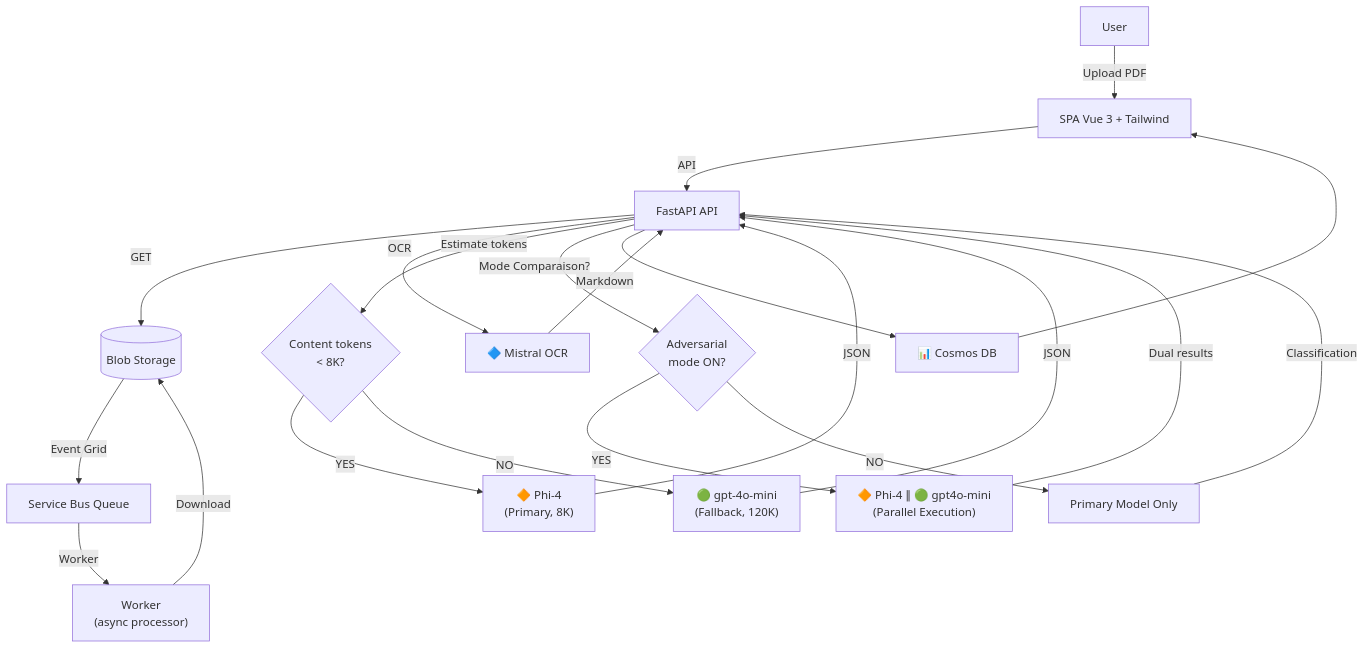
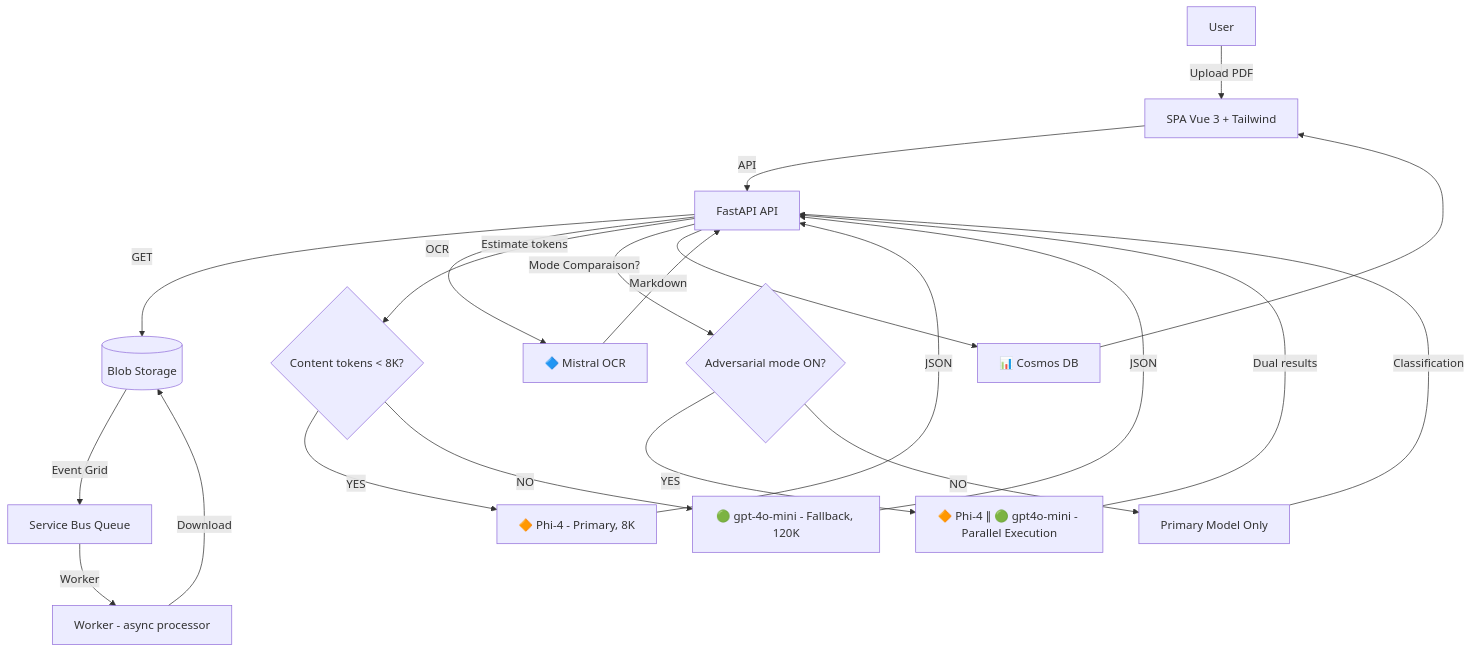
The diagram in README.md (olivMertens/ClassyMail), drawn with Mermaid before and after one commit. The commit also changed 11 other files, not shown here.

First line of the commit message:
fix: Mermaid diagrams, chatbot UX, and i18n key structure

````diff
--- a/README.md
+++ b/README.md
@@ -29,29 +29,29 @@
 ```mermaid
 flowchart TD
     user[User] -->|Upload PDF| ui["SPA Vue 3 + Tailwind"]
     ui -->|API| api["FastAPI API"]
 
     api -->|GET| blob[(Blob Storage)]
     blob -->|Event Grid| sbq["Service Bus Queue"]
-    sbq -->|Worker| worker["Worker<br/>(async processor)"]
+    sbq -->|Worker| worker["Worker - async processor"]
 
     worker -->|Download| blob
     api -->|OCR| ocr["🔷 Mistral OCR"]
     ocr -->|Markdown| api
 
-    api -->|Estimate tokens| tokencheck{"Content tokens<br/>< 8K?"}
-    tokencheck -->|YES| phi4["🔶 Phi-4<br/>(Primary, 8K)"]
-    tokencheck -->|NO| gpt["🟢 gpt-4o-mini<br/>(Fallback, 120K)"]
+    api -->|Estimate tokens| tokencheck{"Content tokens < 8K?"}
+    tokencheck -->|YES| phi4["🔶 Phi-4 - Primary, 8K"]
+    tokencheck -->|NO| gpt["🟢 gpt-4o-mini - Fallback, 120K"]
 
-    api -->|Mode Comparaison?| compcheck{"Adversarial<br/>mode ON?"}
-    compcheck -->|YES| dual["🔶 Phi-4 ∥ 🟢 gpt4o-mini<br/>(Parallel Execution)"]
+    api -->|Mode Comparaison?| compcheck{"Adversarial mode ON?"}
+    compcheck -->|YES| dual["🔶 Phi-4 ∥ 🟢 gpt4o-mini - Parallel Execution"]
     compcheck -->|NO| primary["Primary Model Only"]
 
     phi4 -->|JSON| api
     gpt -->|JSON| api
     dual -->|Dual results| api
     primary -->|Classification| api
 
     api --> cosmos["📊 Cosmos DB"]
     cosmos --> ui
 ```
````
